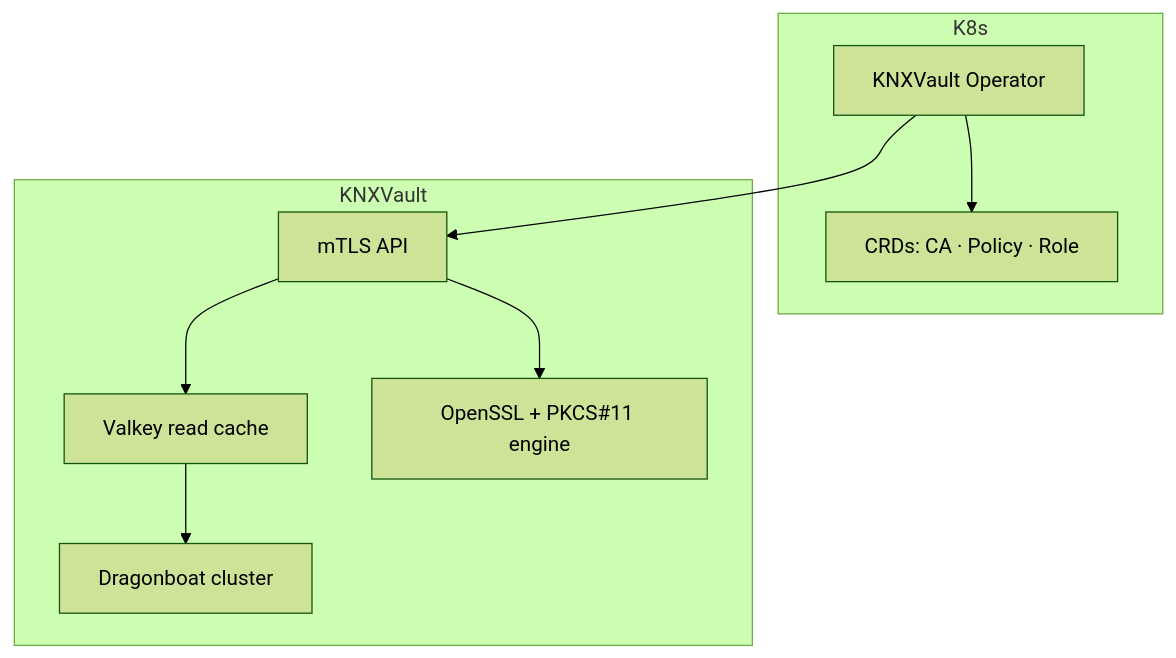
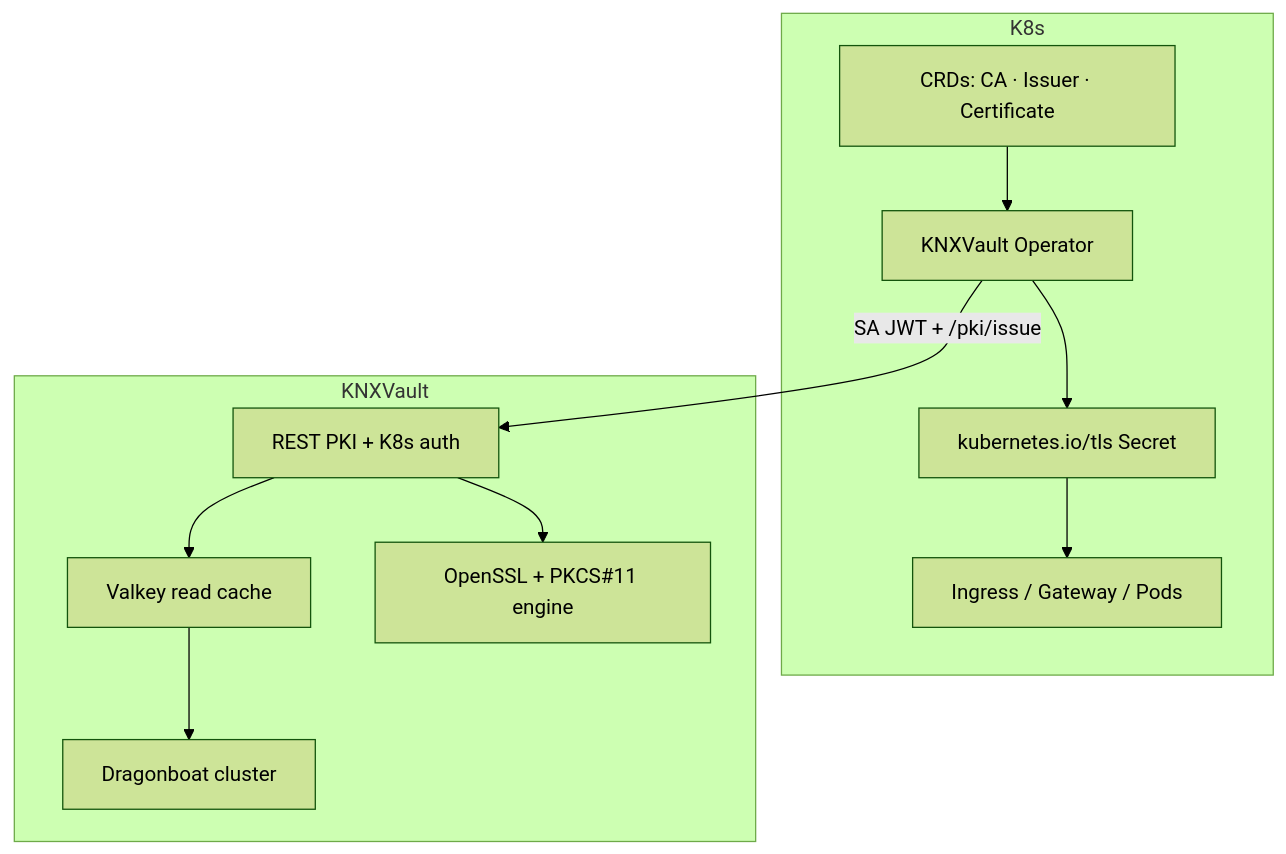
Before and after one commit to kubenexis/knxvault: the diagram in docs/design/phase4-ecosystem.md, drawn with Mermaid (forest theme). The commit also changed other lines of this file and 2 other files, not shown here.

First line of the commit message:
docs(backlog): P0 operator CRDs to replace cert-manager

````diff
--- a/docs/design/phase4-ecosystem.md
+++ b/docs/design/phase4-ecosystem.md
@@ -35,20 +51,24 @@
 ```mermaid
 graph TB
     subgraph K8s
         Op[KNXVault Operator]
-        CRD[CRDs: CA · Policy · Role]
+        CRD[CRDs: CA · Issuer · Certificate]
+        Sec[kubernetes.io/tls Secret]
+        Ing[Ingress / Gateway / Pods]
     end
 
     subgraph KNXVault
-        API[mTLS API]
+        API[REST PKI + K8s auth]
         Cache[Valkey read cache]
         Raft[Dragonboat cluster]
         HSM[OpenSSL + PKCS#11 engine]
     end
 
-    Op --> CRD
-    Op --> API
+    CRD --> Op
+    Op -->|SA JWT + /pki/issue| API
+    Op --> Sec
+    Sec --> Ing
     API --> Cache
     Cache --> Raft
     API --> HSM
 ```
````
